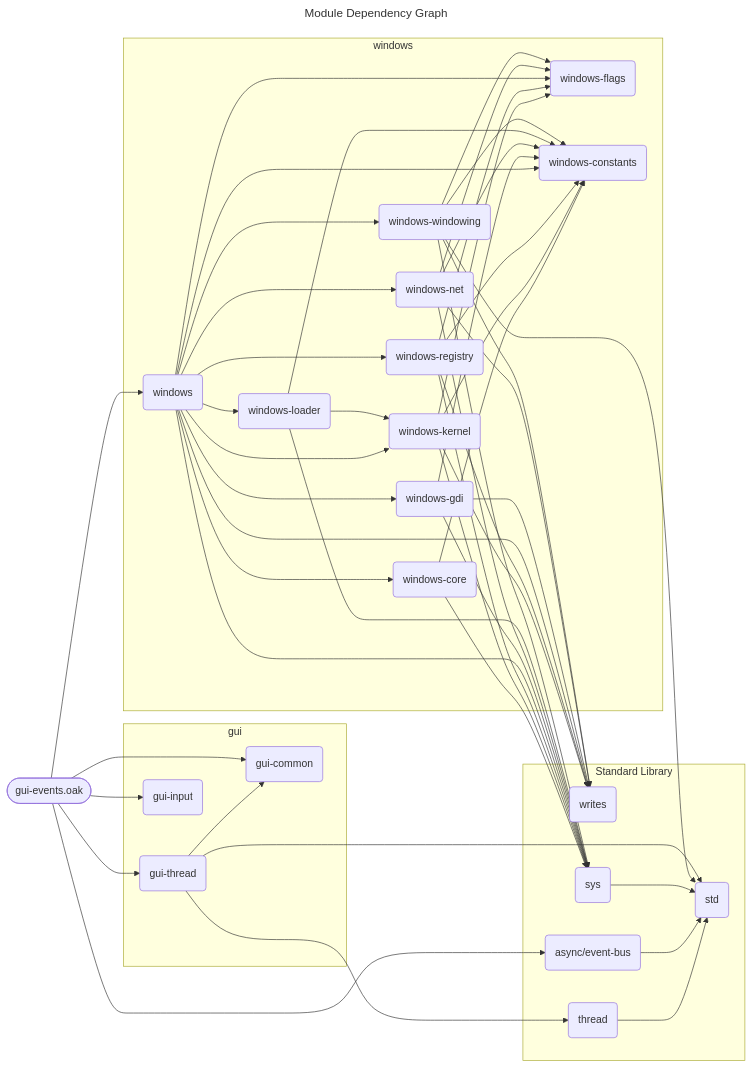
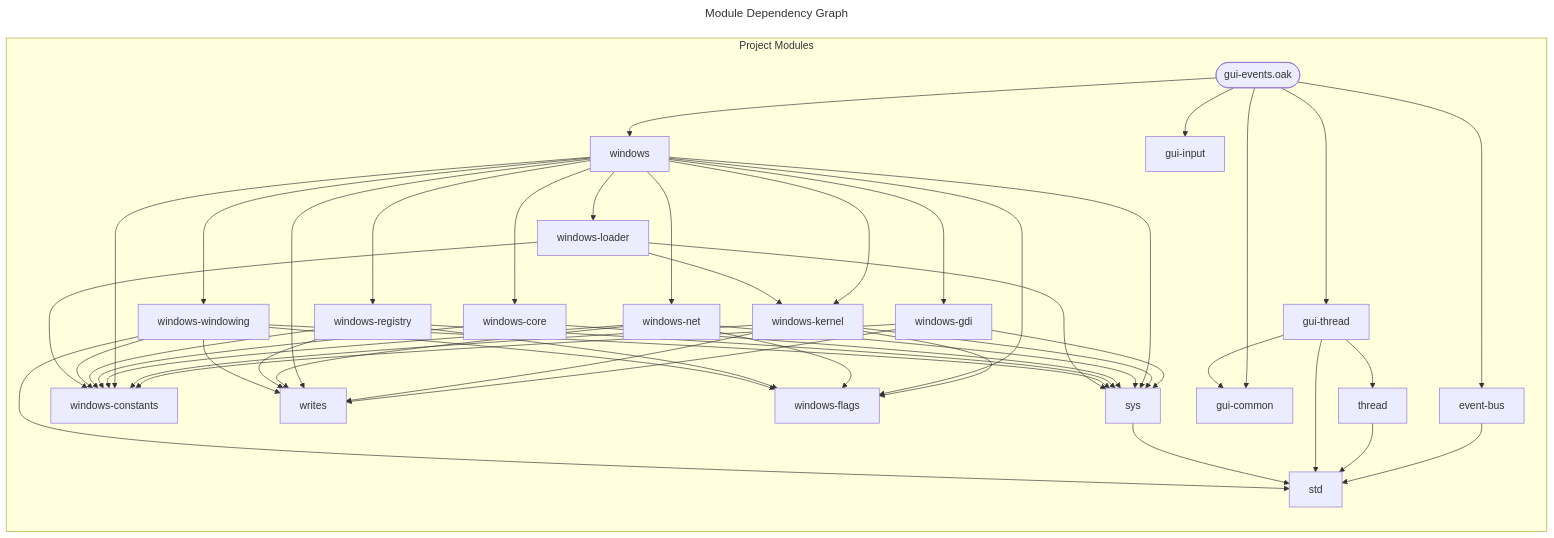
The diagram in docs/spec/gui-events.mmd (SpcFORK/magnolia), drawn with Mermaid before and after one commit. The commit also changed 373 other files, not shown here.

Commit message:
Refactor module dependency graphs and update imports across various specifications

```diff
--- a/docs/spec/gui-events.mmd
+++ b/docs/spec/gui-events.mmd
@@ -1,76 +1,72 @@
 ---
 title: Module Dependency Graph
 ---
 flowchart LR
-    lib_gui_events_oak(["gui-events.oak"])
-    subgraph stdlib_gui ["gui"]
-        gui_thread("gui-thread")
-        gui_input("gui-input")
-        gui_common("gui-common")
+    subgraph project_modules ["Project Modules"]
+        windows_loader["windows-loader"]
+        windows_flags["windows-flags"]
+        windows_windowing["windows-windowing"]
+        windows_registry["windows-registry"]
+        windows_core["windows-core"]
+        windows_net["windows-net"]
+        sys["sys"]
+        gui_thread["gui-thread"]
+        writes["writes"]
+        thread["thread"]
+        windows["windows"]
+        std["std"]
+        lib_gui_events_oak(["gui-events.oak"])
+        windows_constants["windows-constants"]
+        windows_kernel["windows-kernel"]
+        gui_input["gui-input"]
+        async_event_bus["event-bus"]
+        windows_gdi["windows-gdi"]
+        gui_common["gui-common"]
     end
-    subgraph stdlib_windows ["windows"]
-        windows_windowing("windows-windowing")
-        windows_loader("windows-loader")
-        windows_net("windows-net")
-        windows_gdi("windows-gdi")
-        windows("windows")
-        windows_registry("windows-registry")
-        windows_flags("windows-flags")
-        windows_constants("windows-constants")
-        windows_kernel("windows-kernel")
-        windows_core("windows-core")
-    end
-    subgraph stdlib_core ["Standard Library"]
-        writes("writes")
-        std("std")
-        sys("sys")
-        async_event_bus("async/event-bus")
-        thread("thread")
-    end
-    lib_gui_events_oak --> windows
-    lib_gui_events_oak --> async_event_bus
-    lib_gui_events_oak --> gui_common
-    lib_gui_events_oak --> gui_input
-    lib_gui_events_oak --> gui_thread
-    gui_thread --> std
-    gui_thread --> thread
-    gui_thread --> gui_common
+    windows_loader --> sys
+    windows_loader --> windows_constants
+    windows_loader --> windows_kernel
     windows_windowing --> sys
     windows_windowing --> writes
     windows_windowing --> windows_constants
     windows_windowing --> windows_flags
     windows_windowing --> std
-    windows_loader --> sys
-    windows_loader --> windows_constants
-    windows_loader --> windows_kernel
+    windows_registry --> sys
+    windows_registry --> writes
+    windows_registry --> windows_constants
+    windows_registry --> windows_flags
+    windows_core --> sys
+    windows_core --> windows_constants
     windows_net --> sys
     windows_net --> writes
     windows_net --> windows_constants
     windows_net --> windows_flags
-    windows_gdi --> sys
-    windows_gdi --> writes
-    windows_gdi --> windows_constants
+    sys --> std
+    gui_thread --> std
+    gui_thread --> thread
+    gui_thread --> gui_common
+    thread --> std
     windows --> sys
     windows --> writes
     windows --> windows_constants
     windows --> windows_flags
     windows --> windows_registry
     windows --> windows_net
     windows --> windows_windowing
     windows --> windows_gdi
     windows --> windows_kernel
     windows --> windows_loader
     windows --> windows_core
-    windows_registry --> sys
-    windows_registry --> writes
-    windows_registry --> windows_constants
-    windows_registry --> windows_flags
-    sys --> std
-    async_event_bus --> std
+    lib_gui_events_oak --> windows
+    lib_gui_events_oak --> async_event_bus
+    lib_gui_events_oak --> gui_common
+    lib_gui_events_oak --> gui_input
+    lib_gui_events_oak --> gui_thread
     windows_kernel --> sys
     windows_kernel --> writes
     windows_kernel --> windows_constants
     windows_kernel --> windows_flags
-    thread --> std
-    windows_core --> sys
-    windows_core --> windows_constants
+    async_event_bus --> std
+    windows_gdi --> sys
+    windows_gdi --> writes
+    windows_gdi --> windows_constants
```
